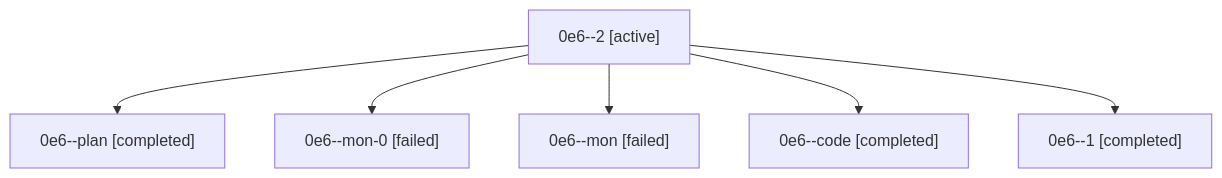
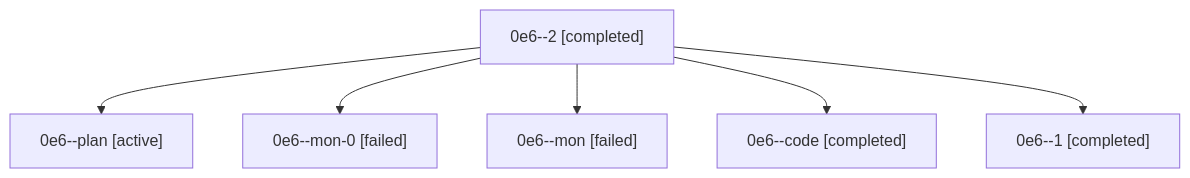
One commit to sase-org/sase--agents changed the diagram in families/bbugyi200.athena.0e6.md. Above: the diagram before and after it, drawn with Mermaid. The commit also changed other lines of this file and 35830 other files, not shown here.

````diff
--- a/families/bbugyi200.athena.0e6.md
+++ b/families/bbugyi200.athena.0e6.md
@@ -9,14 +9,14 @@
 ```mermaid
 flowchart TD
-  n0["0e6--2 [active]"]
-  n1["0e6--plan [completed]"]
+  n0["0e6--2 [completed]"]
+  n1["0e6--plan [active]"]
   n0 --> n1
   n2["0e6--mon-0 [failed]"]
   n0 --> n2
   n3["0e6--mon [failed]"]
   n0 --> n3
   n4["0e6--code [completed]"]
   n0 --> n4
   n5["0e6--1 [completed]"]
   n0 --> n5
 ```
````
